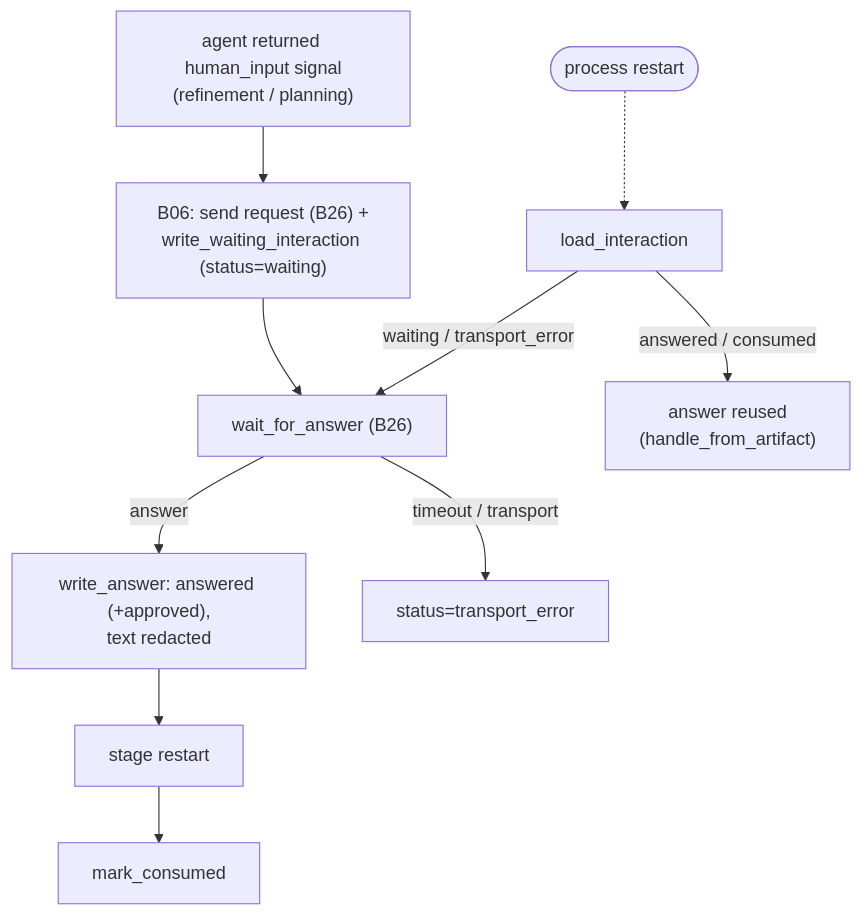
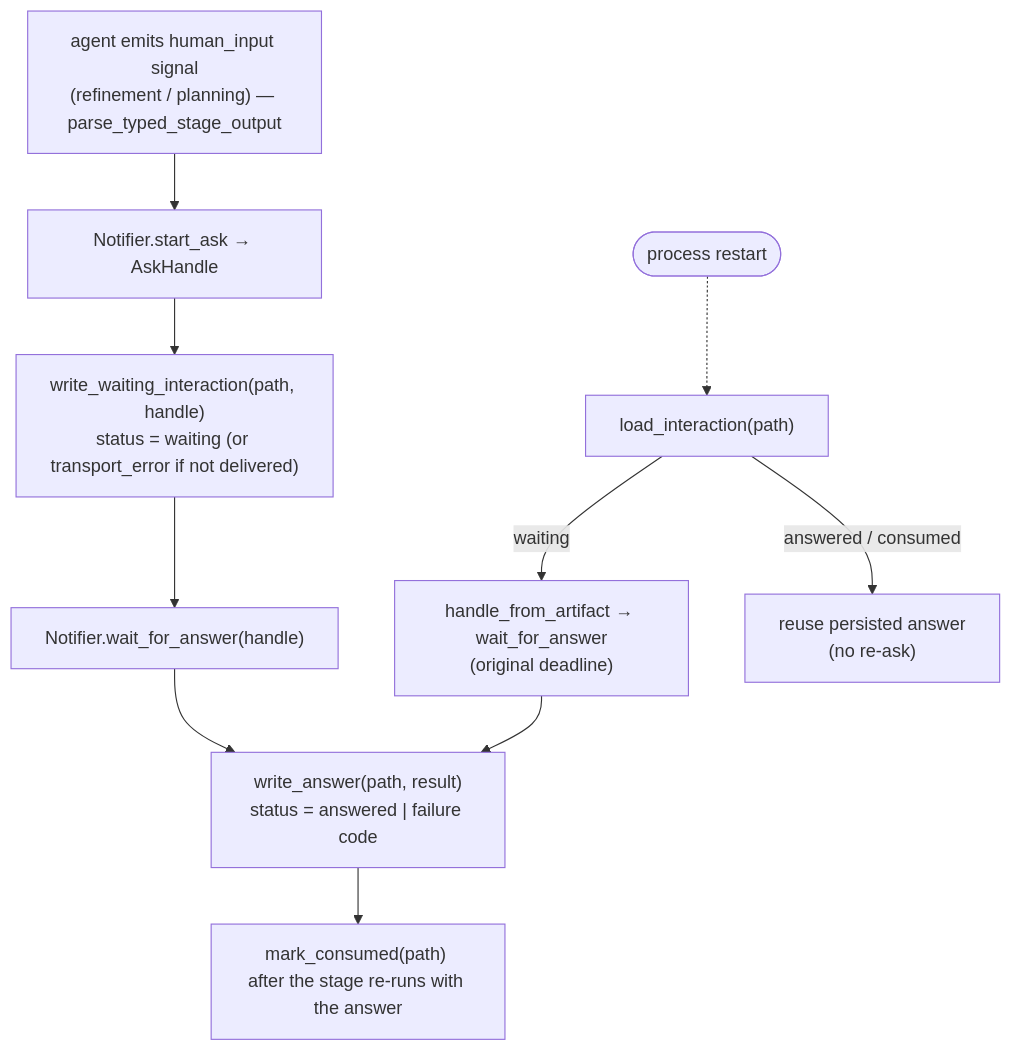
Before and after one commit to VladimirMakarevich/wastech-orchestrator: the diagram in docs/functional/blocks/B12-hitl-and-typed-output.md, drawn with Mermaid. The commit also changed other lines of this file and 39 other files, not shown here.

First line of the commit message:
docs: Add detailed documentation for new flows and components

````diff
--- a/docs/functional/blocks/B12-hitl-and-typed-output.md
+++ b/docs/functional/blocks/B12-hitl-and-typed-output.md
@@ -47,12 +57,12 @@
 ```mermaid
 flowchart TB
-    sig["agent returned human_input signal<br/>(refinement / planning)"] --> ask["B06: send request (B26) +<br/>write_waiting_interaction (status=waiting)"]
-    ask --> wait["wait_for_answer (B26)"]
-    wait -->|answer| ans["write_answer: answered (+approved),<br/>text redacted"]
-    wait -->|"timeout / transport"| terr["status=transport_error"]
-    ans --> restart["stage restart"]
-    restart --> consumed["mark_consumed"]
-    crash(["process restart"]) -.-> load["load_interaction"]
-    load -->|"waiting / transport_error"| wait
-    load -->|"answered / consumed"| reuse["answer reused<br/>(handle_from_artifact)"]
+    sig["agent emits human_input signal<br/>(refinement / planning) — parse_typed_stage_output"] --> start["Notifier.start_ask → AskHandle"]
+    start --> ww["write_waiting_interaction(path, handle)<br/>status = waiting (or transport_error if not delivered)"]
+    ww --> wait["Notifier.wait_for_answer(handle)"]
+    wait --> wa["write_answer(path, result)<br/>status = answered | failure code"]
+    wa --> consumed["mark_consumed(path) after the stage re-runs with the answer"]
+    crash(["process restart"]) -.-> load["load_interaction(path)"]
+    load -->|"waiting"| handle["handle_from_artifact → wait_for_answer<br/>(original deadline)"]
+    handle --> wa
+    load -->|"answered / consumed"| reuse["reuse persisted answer<br/>(no re-ask)"]
 ```
````
